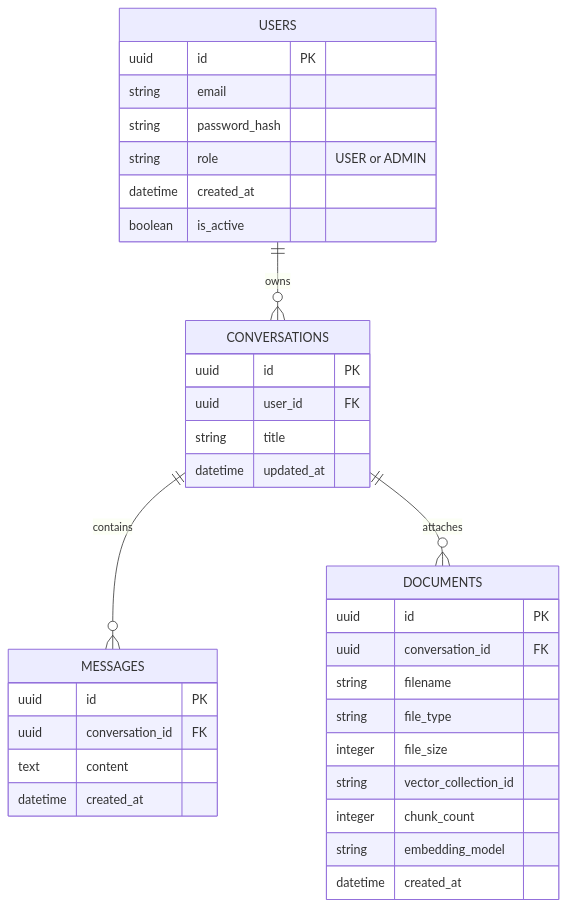
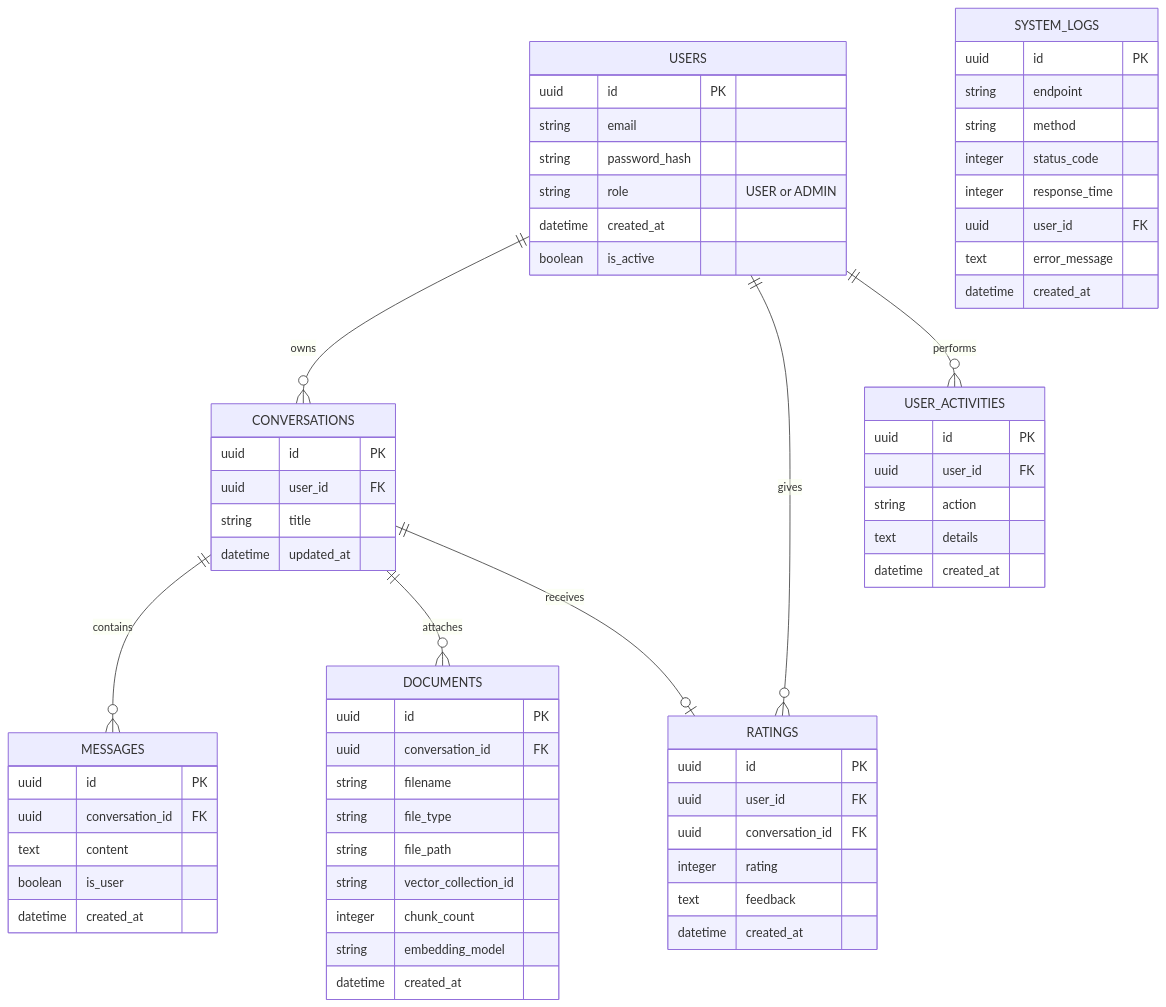
Before and after one commit to kienng221105/Summarize-Vietnamese-Text: the second of 6 diagrams in README.md, drawn with Mermaid. The commit also changed other lines of this file, not shown here.

````diff
--- a/README.md
+++ b/README.md
@@ -39,48 +39,80 @@
 ```mermaid
 erDiagram
 
   USERS ||--o{ CONVERSATIONS : "owns"
+  USERS ||--o{ RATINGS : "gives"
+  USERS ||--o{ USER_ACTIVITIES : "performs"
 
   USERS {
     uuid id PK
     string email
     string password_hash
     string role "USER or ADMIN"
     datetime created_at
     boolean is_active
   }
 
   CONVERSATIONS ||--o{ MESSAGES : "contains"
 
   CONVERSATIONS {
     uuid id PK
     uuid user_id FK
     string title
     datetime updated_at
   }
 
   MESSAGES {
     uuid id PK
     uuid conversation_id FK
     text content
+    boolean is_user
     datetime created_at
   }
 
   CONVERSATIONS ||--o{ DOCUMENTS : "attaches"
+  CONVERSATIONS ||--o| RATINGS : "receives"
 
   DOCUMENTS {
-	uuid id PK  
-	uuid conversation_id FK  
-	  
-	string filename  
-	string file_type  
-	integer file_size  
-	  
-	string vector_collection_id  
-	  
-	integer chunk_count  
-	string embedding_model  
-	  
-	datetime created_at	   
+ uuid id PK  
+ uuid conversation_id FK  
+   
+ string filename  
+ string file_type  
+ string file_path
+   
+ string vector_collection_id  
+   
+ integer chunk_count  
+ string embedding_model  
+   
+ datetime created_at    
+  }
+
+  RATINGS {
+    uuid id PK
+    uuid user_id FK
+    uuid conversation_id FK
+    integer rating
+    text feedback
+    datetime created_at
+  }
+
+  SYSTEM_LOGS {
+    uuid id PK
+    string endpoint
+    string method
+    integer status_code
+    integer response_time
+    uuid user_id FK
+    text error_message
+    datetime created_at
+  }
+
+  USER_ACTIVITIES {
+    uuid id PK
+    uuid user_id FK
+    string action
+    text details
+    datetime created_at
   }
 ```
````
